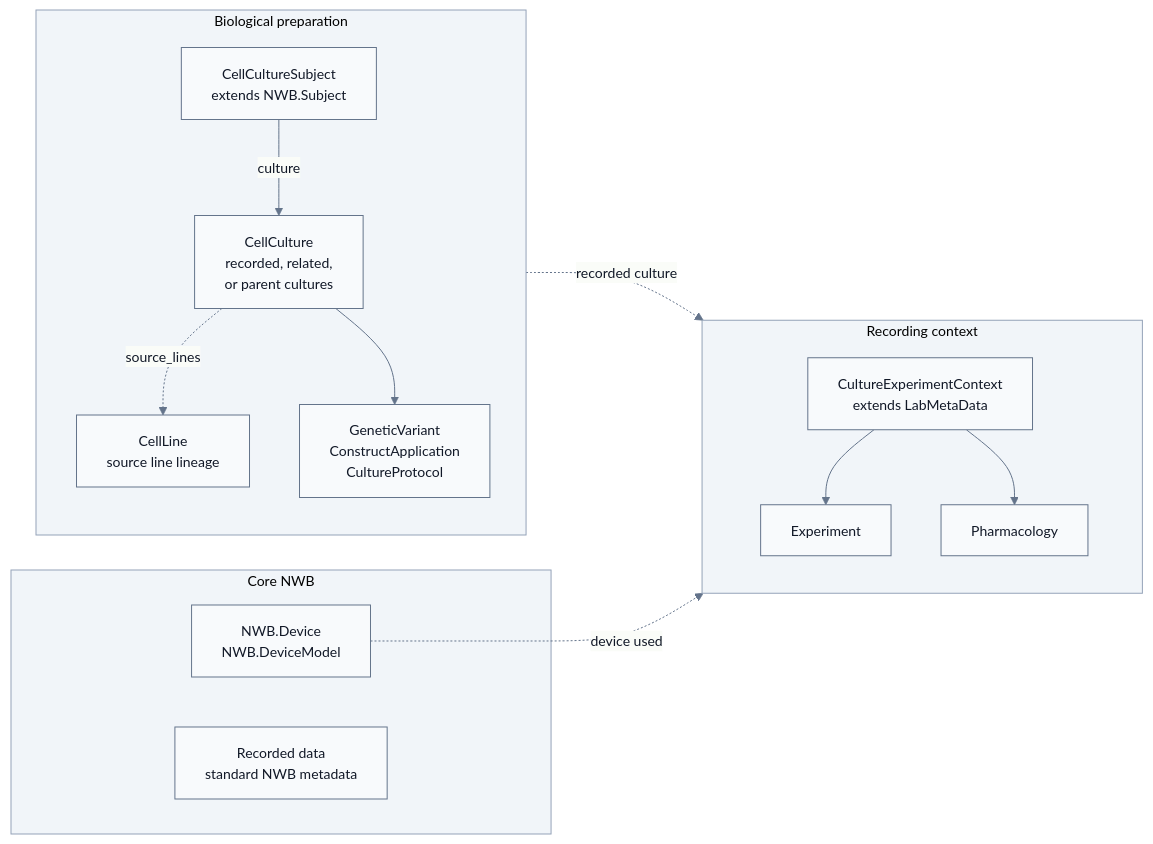
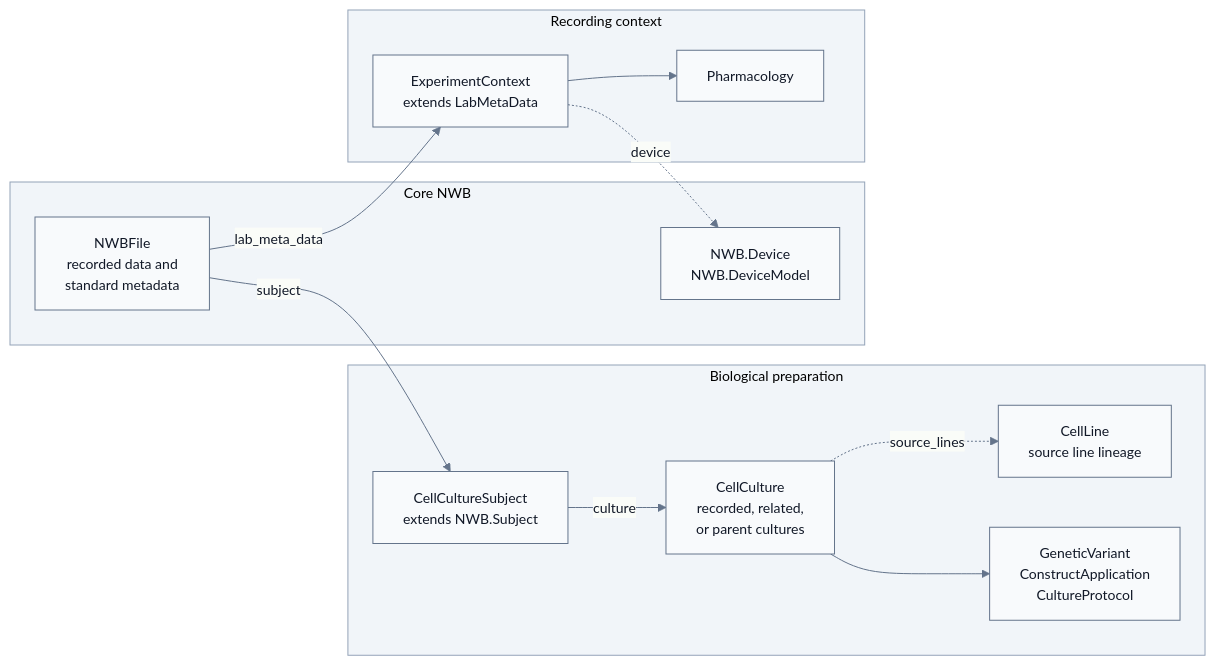
Before and after one commit to braingeneers/ndx-cell-culture: the diagram in README.md, drawn with Mermaid. The commit also changed other lines of this file and 21 other files, not shown here.

Commit message:
Simplify recording context and complete subject provenance

````diff
--- a/README.md
+++ b/README.md
@@ -42,43 +39,42 @@
 ```mermaid
 %%{init: {
   "theme": "base",
   "themeVariables": {
     "fontFamily": "Arial, sans-serif",
     "fontSize": "14px",
     "primaryColor": "#f8fafc",
     "primaryTextColor": "#111827",
     "primaryBorderColor": "#64748b",
     "lineColor": "#64748b",
     "clusterBkg": "#f1f5f9",
     "clusterBorder": "#94a3b8"
   }
 }}%%
 flowchart LR
   subgraph Biology["Biological preparation"]
     Subject["CellCultureSubject<br/>extends NWB.Subject"]
     Culture["CellCulture<br/>recorded, related,<br/>or parent cultures"]
     Line["CellLine<br/>source line lineage"]
     BioExt["GeneticVariant<br/>ConstructApplication<br/>CultureProtocol"]
 
     Subject -->|"culture"| Culture
     Culture -.->|"source_lines"| Line
     Culture --> BioExt
   end
 
   subgraph Core["Core NWB"]
     Device["NWB.Device<br/>NWB.DeviceModel"]
-    Data["Recorded data<br/>standard NWB metadata"]
+    Data["NWBFile<br/>recorded data and<br/>standard metadata"]
   end
 
   subgraph Session["Recording context"]
-    Context["CultureExperimentContext<br/>extends LabMetaData"]
-    Experiment["Experiment"]
+    Context["ExperimentContext<br/>extends LabMetaData"]
     Pharm["Pharmacology"]
 
-    Context --> Experiment
     Context --> Pharm
   end
 
-  Biology -.->|"recorded culture"| Session
-  Device -.->|"device used"| Session
+  Data -->|"subject"| Subject
+  Data -->|"lab_meta_data"| Context
+  Context -.->|"device"| Device
 ```
````
